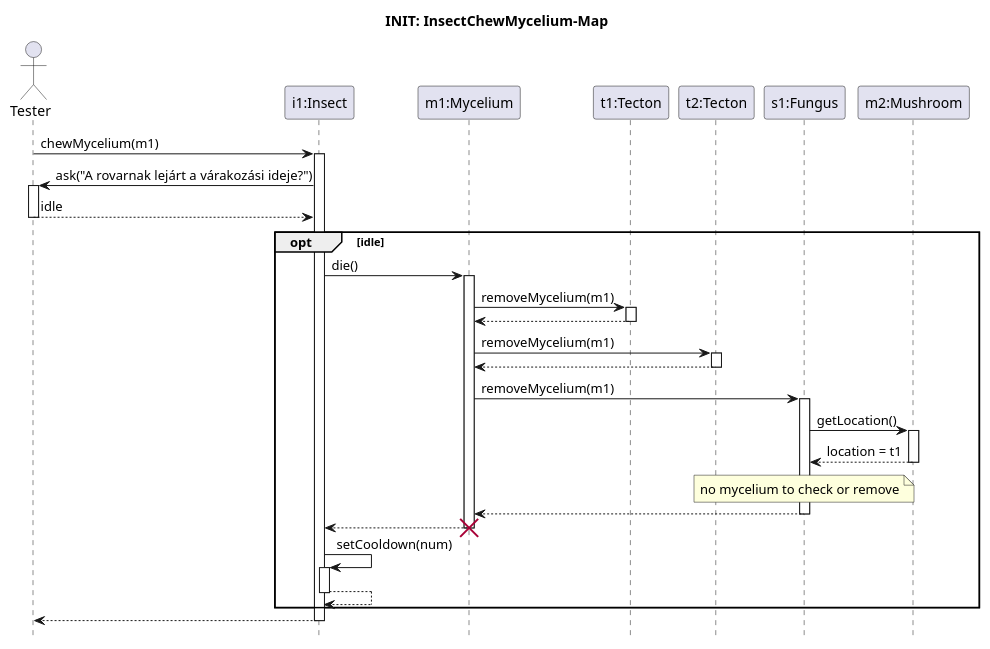
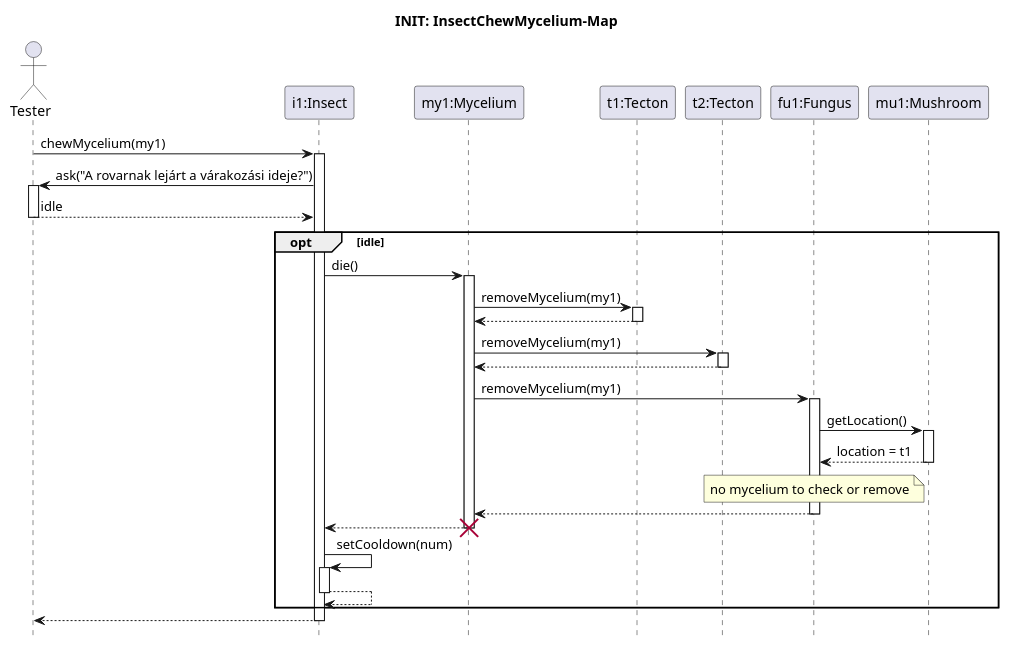
Before and after one commit to ZD4ve/projlab-error521: the diagram in Skeleton/Insect-chew-mycelium/sucess.pu, drawn with PlantUML. The commit also changed 6 other files, not shown here.

Commit message:
Mycelium tearing added and name changes in move and chew

```diff
--- a/Skeleton/Insect-chew-mycelium/sucess.pu
+++ b/Skeleton/Insect-chew-mycelium/sucess.pu
@@ -1,51 +1,51 @@
 @startuml Insect-chew-mycelium/sucess
 hide footbox
 title INIT: InsectChewMycelium-Map
 
 actor Tester as S
 participant "i1:Insect" as i1
-participant "m1:Mycelium" as m1
+participant "my1:Mycelium" as my1
 participant "t1:Tecton" as t1
 participant "t2:Tecton" as t2
-participant "s1:Fungus" as s1
-participant "m2:Mushroom" as m2
+participant "fu1:Fungus" as fu1
+participant "mu1:Mushroom" as mu1
 
 
-S -> i1 : chewMycelium(m1)
+S -> i1 : chewMycelium(my1)
 activate i1
 
 S <- i1 : ask("A rovarnak lejárt a várakozási ideje?")
 activate S
 return idle
 
 opt idle
-    i1 -> m1 : die()
-    activate m1
+    i1 -> my1 : die()
+    activate my1
 
-    m1 -> t1 : removeMycelium(m1)
+    my1 -> t1 : removeMycelium(my1)
     activate t1
     return
-    m1 -> t2 : removeMycelium(m1)
+    my1 -> t2 : removeMycelium(my1)
     activate t2
     return
-    m1 -> s1 : removeMycelium(m1)
-    activate s1
-    s1 -> m2 : getLocation()
-    activate m2
+    my1 -> fu1 : removeMycelium(my1)
+    activate fu1
+    fu1 -> mu1 : getLocation()
+    activate mu1
     return location = t1
-    note over s1 : no mycelium to check or remove 
+    note over fu1 : no mycelium to check or remove 
     'ÜRES check-connectivity, mert nincs másk fonal és test
     'TODO: legyen olyan teszt, ahoL van más fonal? ez külön teszteset? 
     return
 
     return
-    destroy m1
+    destroy my1
 
     i1 -> i1 : setCooldown(num)
     activate i1
     return
 
 end
 
 return
 @enduml
```
